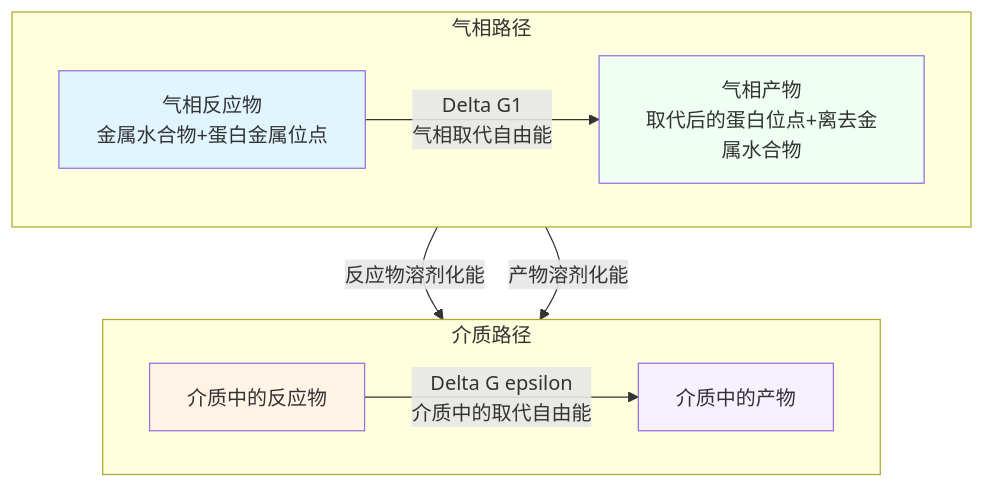
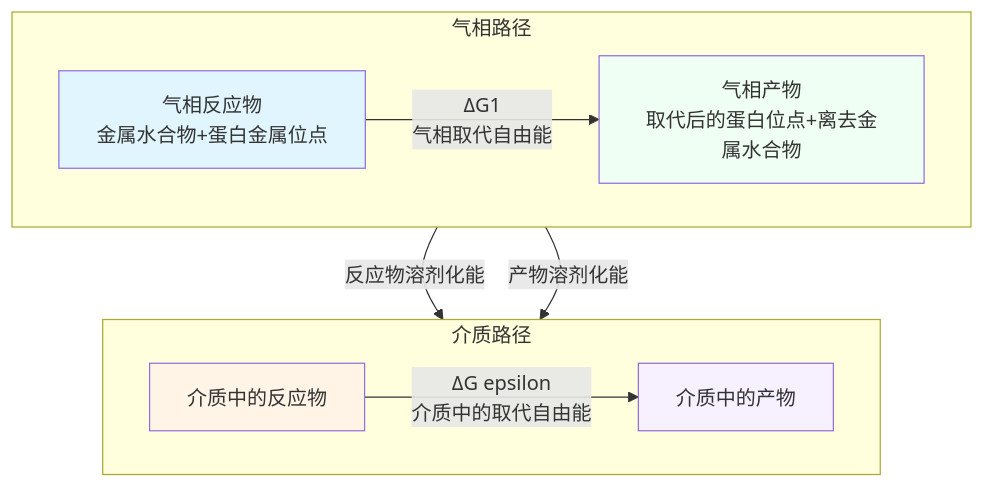
One commit to gxf1212/mendelevium changed the diagram in _pages/Specific Sytems/Metal/2026-06-16-ppm1a-metal-selectivity.md. Above: the diagram before and after it, drawn with Mermaid. The commit also changed other lines of this file and 3 other files, not shown here.

````diff
--- a/_pages/Specific Sytems/Metal/2026-06-16-ppm1a-metal-selectivity.md
+++ b/_pages/Specific Sytems/Metal/2026-06-16-ppm1a-metal-selectivity.md
@@ -74,17 +75,17 @@
 ```mermaid
 graph TB
     subgraph "气相路径"
         direction LR
-        A["气相反应物<br/>金属水合物+蛋白金属位点"] -->|"Delta G1<br/>气相取代自由能"| B["气相产物<br/>取代后的蛋白位点+离去金属水合物"]
+        A["气相反应物<br/>金属水合物+蛋白金属位点"] -->|"ΔG1<br/>气相取代自由能"| B["气相产物<br/>取代后的蛋白位点+离去金属水合物"]
     end
     subgraph "介质路径"
         direction LR
-        C["介质中的反应物"] -->|"Delta G epsilon<br/>介质中的取代自由能"| D["介质中的产物"]
+        C["介质中的反应物"] -->|"ΔG epsilon<br/>介质中的取代自由能"| D["介质中的产物"]
     end
     A -->|"反应物溶剂化能"| C
     B -->|"产物溶剂化能"| D
     style A fill:#e1f5ff
     style B fill:#f0fff4
     style C fill:#fff4e6
     style D fill:#f6f0ff
 ```
````
